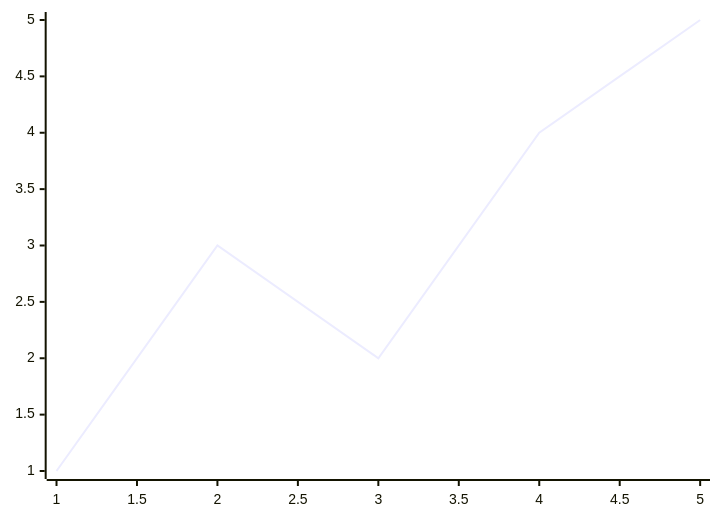
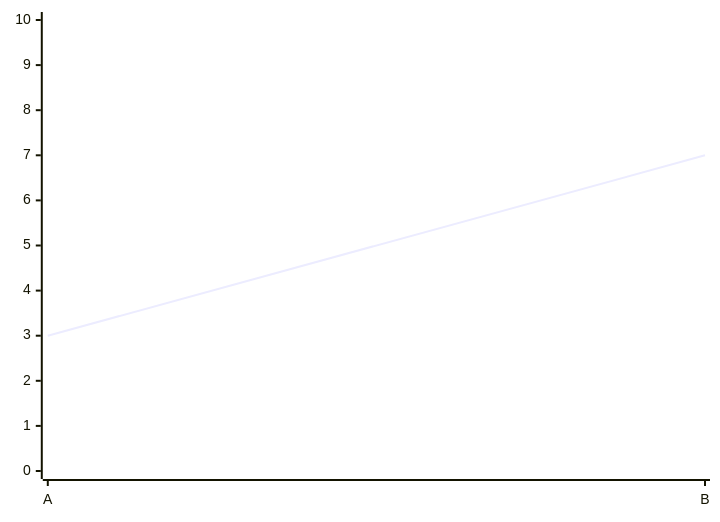
One commit to BitYoungjae/marketplace changed the first of 23 diagrams in plugins/obsidian-blocks/skills/mermaid-diagramming/xychart.md. Above: the diagram before and after it, drawn with Mermaid. The commit also changed other lines of this file and 14 other files, not shown here.

First line of the commit message:
feat(obsidian-blocks): add Session 3 Mermaid diagrams

````diff
--- a/plugins/obsidian-blocks/skills/mermaid-diagramming/xychart.md
+++ b/plugins/obsidian-blocks/skills/mermaid-diagramming/xychart.md
@@ -19,4 +19,6 @@
 ```mermaid
 xychart-beta
-    line [1, 3, 2, 4, 5]
+    x-axis [A, B]
+    y-axis 0 --> 10
+    line [3, 7]
 ```
````
